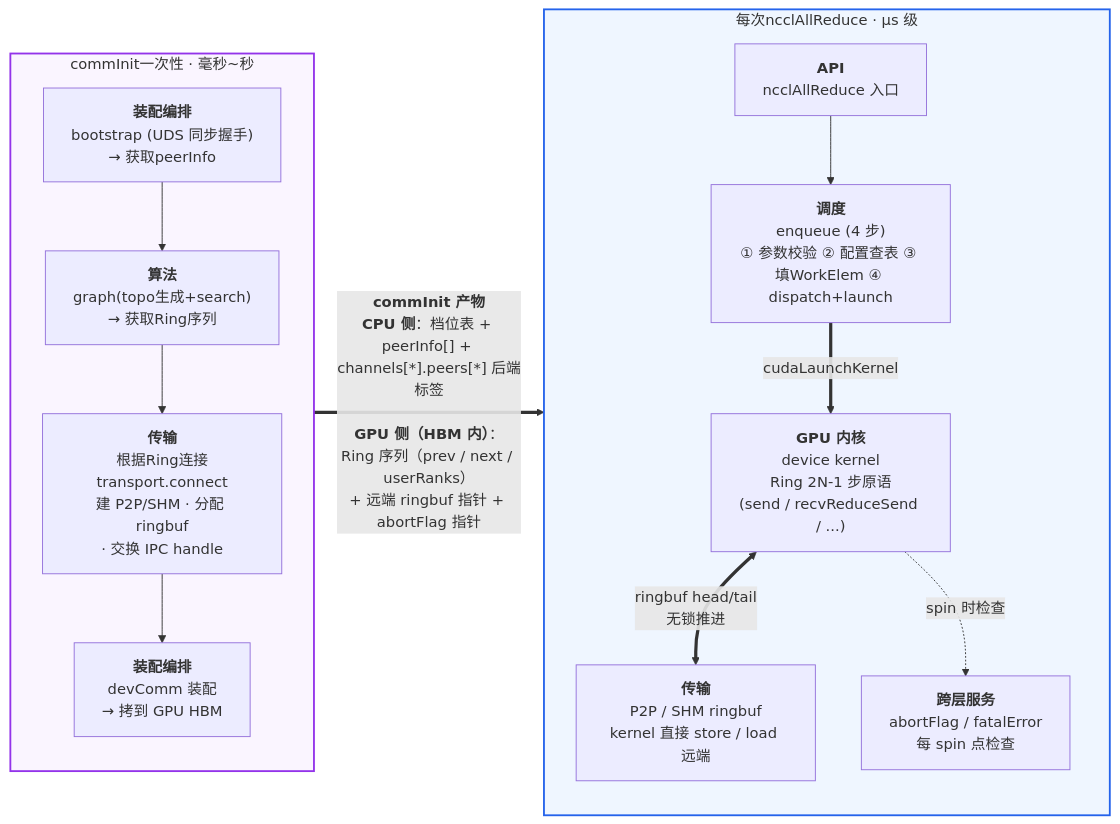
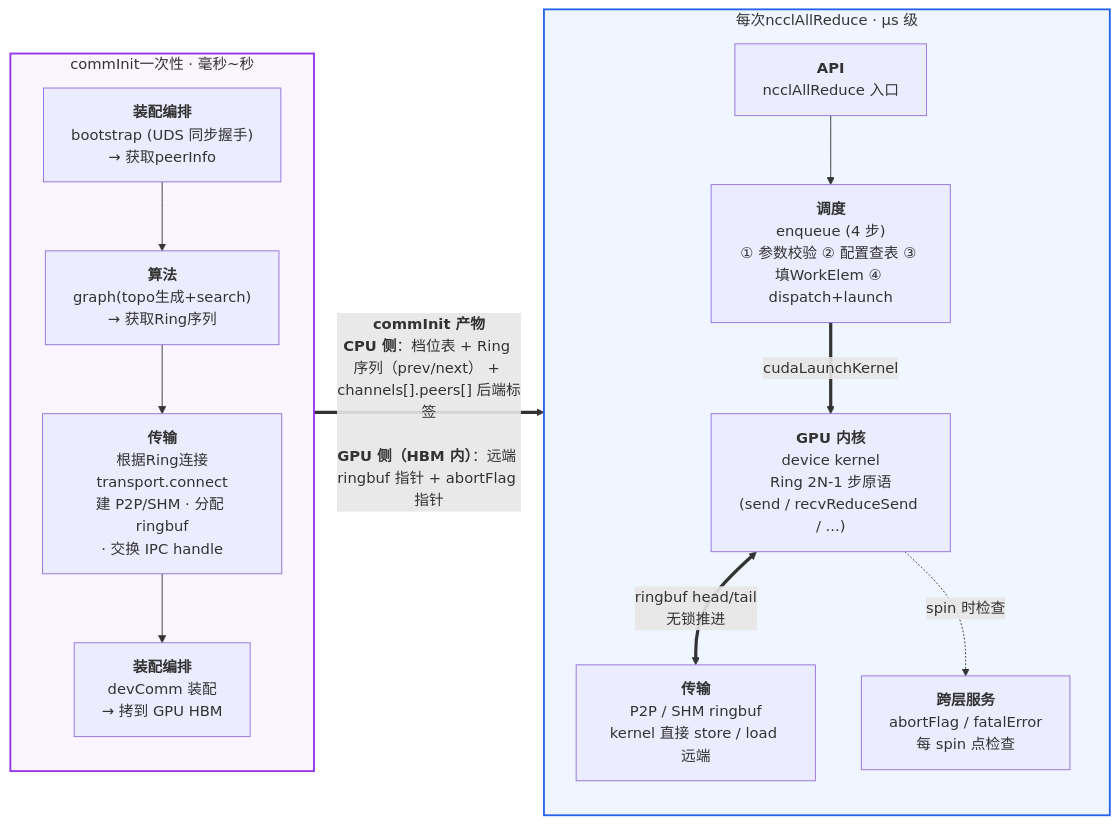
The first of 7 diagrams in allreduce-outline-design-v1.0/allreduce-outline-design-v2.0.md (AaronYang238/nccl_doc), drawn with Mermaid before and after one commit. The commit also changed other lines of this file and 1 other file, not shown here.

````diff
--- a/allreduce-outline-design-v1.0/allreduce-outline-design-v2.0.md
+++ b/allreduce-outline-design-v1.0/allreduce-outline-design-v2.0.md
@@ -185,31 +185,31 @@
 ```mermaid
 flowchart LR
   subgraph INIT["commInit一次性 · 毫秒~秒"]
     direction TB
     I_BOOT["<b>装配编排</b><br/>bootstrap (UDS 同步握手)<br/>→ 获取peerInfo"]
     I_GRAPH["<b>算法</b><br/>graph(topo生成+search)<br/>→ 获取Ring序列"]
     I_CONN["<b>传输</b><br/>根据Ring连接transport.connect<br/>建 P2P/SHM · 分配 ringbuf<br/>· 交换 IPC handle"]
     I_DEV["<b>装配编排</b><br/>devComm 装配<br/>→ 拷到 GPU HBM"]
     I_BOOT --> I_GRAPH --> I_CONN --> I_DEV
   end
 
   subgraph RUN["每次ncclAllReduce · μs 级"]
     direction TB
     R_API["<b>API</b><br/>ncclAllReduce 入口"]
     R_ENQ["<b>调度</b><br/>enqueue (4 步)<br/>① 参数校验 ② 配置查表 ③ 填WorkElem ④ dispatch+launch"]
     R_KERN["<b>GPU 内核</b><br/>device kernel<br/>Ring 2N-1 步原语<br/>(send / recvReduceSend / ...)"]
     R_TX["<b>传输</b><br/>P2P / SHM ringbuf<br/>kernel 直接 store / load 远端"]
     R_ABORT["<b>跨层服务</b><br/>abortFlag / fatalError<br/>每 spin 点检查"]
     R_API --> R_ENQ
     R_ENQ == "cudaLaunchKernel" ==> R_KERN
     R_KERN <== "ringbuf head/tail<br/>无锁推进" ==> R_TX
     R_KERN -. "spin 时检查" .-> R_ABORT
   end
 
-  INIT == "<b>commInit 产物</b><br/><b>CPU 侧</b>：档位表 + peerInfo[] + channels[*].peers[*] 后端标签<br/><br/><b>GPU 侧（HBM 内）</b>：Ring 序列（prev / next / userRanks）<br/>+ 远端 ringbuf 指针 + abortFlag 指针" ==> RUN
+  INIT == "<b>commInit 产物</b><br/><b>CPU 侧</b>：档位表 + Ring 序列（prev/next） + channels[].peers[] 后端标签<br/><br/><b>GPU 侧（HBM 内）</b>：远端 ringbuf 指针 + abortFlag 指针" ==> RUN
 
   classDef p_init fill:#faf5ff,stroke:#9333ea,stroke-width:2px;
   classDef p_run fill:#eff6ff,stroke:#2563eb,stroke-width:2px;
   class INIT p_init
   class RUN p_run
 ```
````
